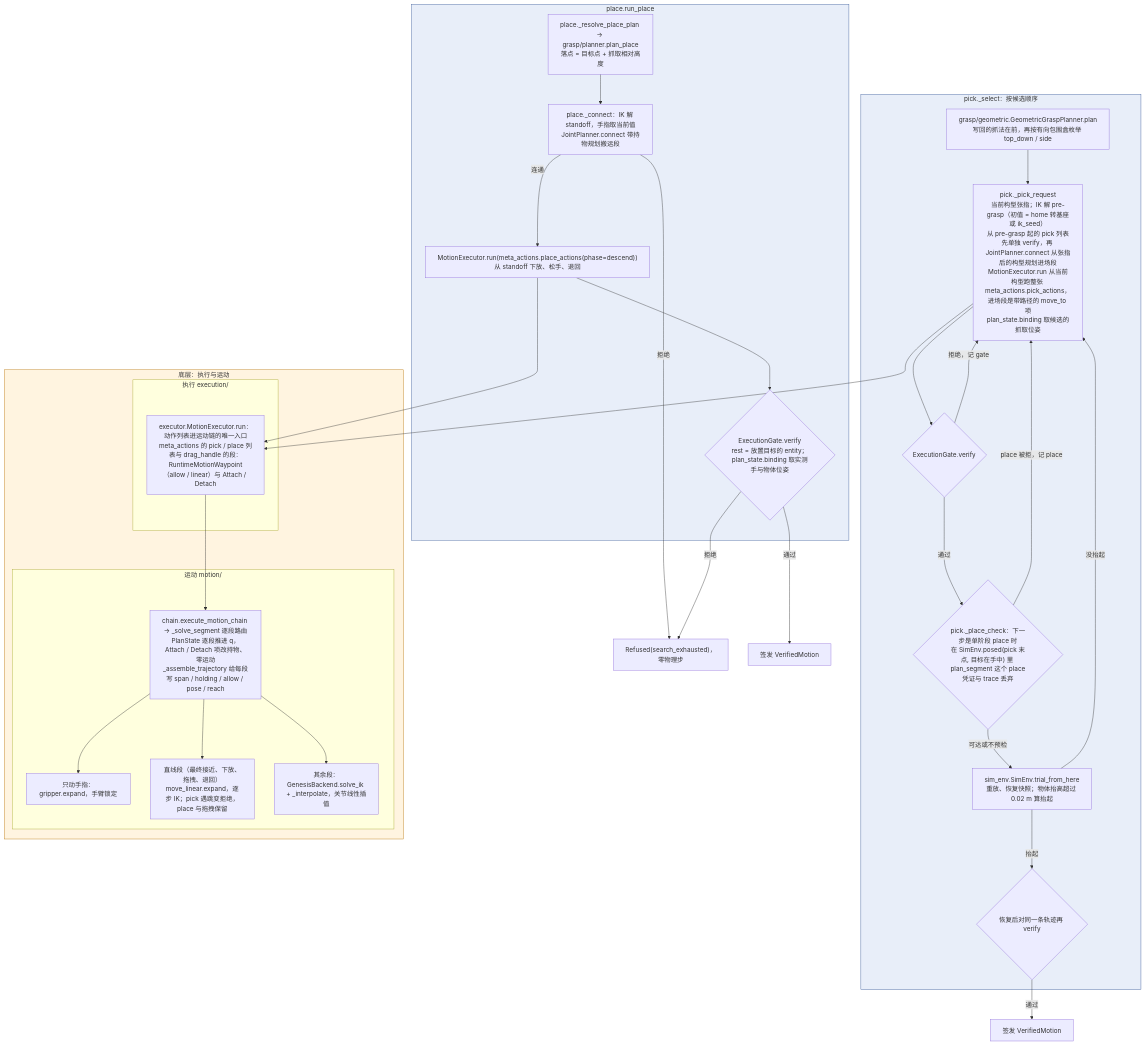
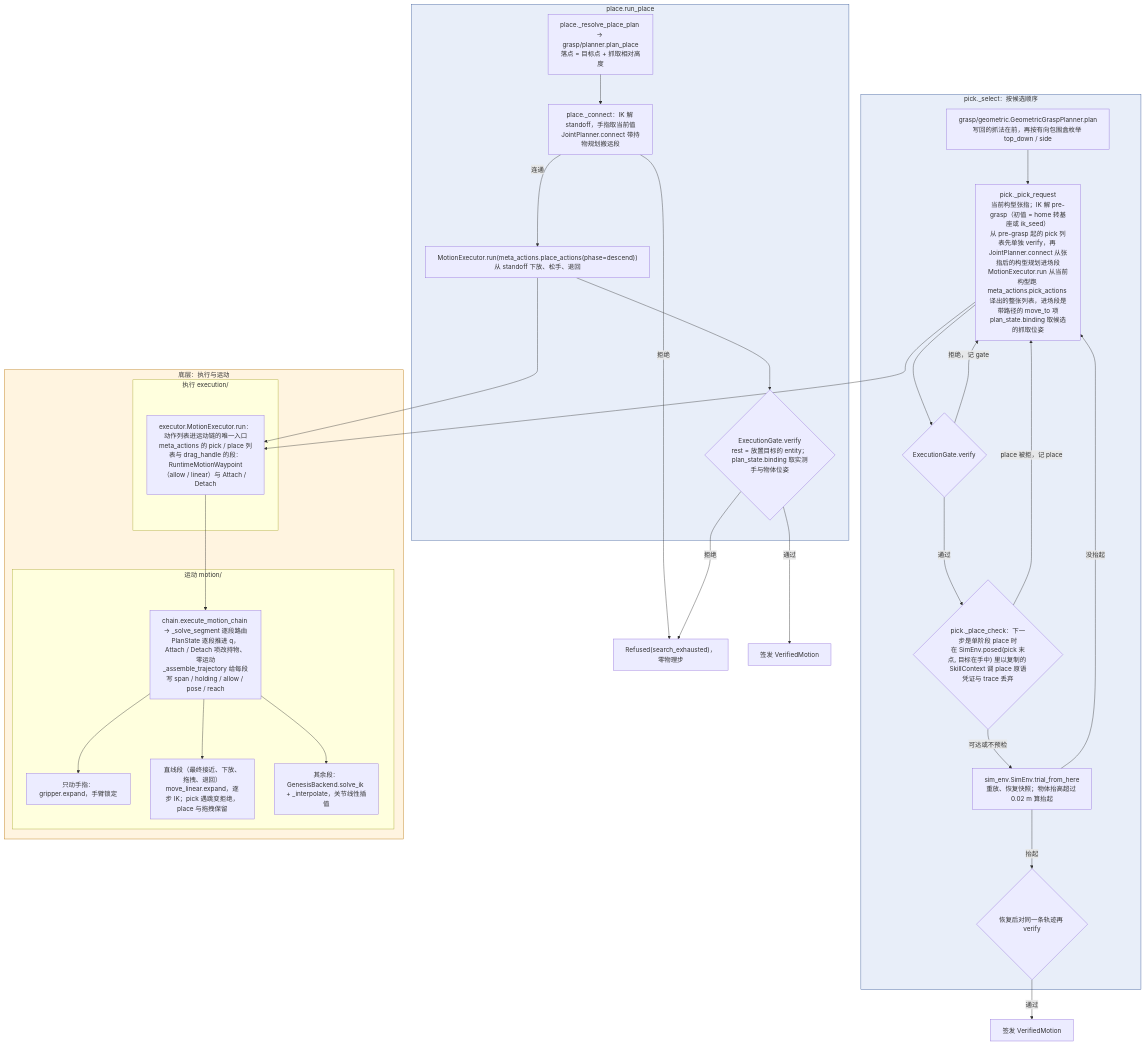
One commit to ZJLi2013/RoboSmith changed the second of 2 diagrams in docs/call-chain.md. Above: the diagram before and after it, drawn with Mermaid. The commit also changed other lines of this file and 2 other files, not shown here.

Commit message:
docs: a plan file's actions run through EpisodeRun, the only entry

````diff
--- a/docs/call-chain.md
+++ b/docs/call-chain.md
@@ -73,49 +75,49 @@
 ```mermaid
 flowchart TD
     subgraph PK["pick._select：按候选顺序"]
         GEO["grasp/geometric.GeometricGraspPlanner.plan<br/>写回的抓法在前，再按有向包围盒枚举 top_down / side"]
-        PM["pick._pick_request<br/>当前构型张指；IK 解 pre-grasp（初值 = home 转基座或 ik_seed）<br/>从 pre-grasp 起的 pick 列表先单独 verify，再 JointPlanner.connect 从张指后的构型规划进场段<br/>MotionExecutor.run 从当前构型跑整张 meta_actions.pick_actions，进场段是带路径的 move_to 项<br/>plan_state.binding 取候选的抓取位姿"]
+        PM["pick._pick_request<br/>当前构型张指；IK 解 pre-grasp（初值 = home 转基座或 ik_seed）<br/>从 pre-grasp 起的 pick 列表先单独 verify，再 JointPlanner.connect 从张指后的构型规划进场段<br/>MotionExecutor.run 从当前构型跑 meta_actions.pick_actions 译出的整张列表，进场段是带路径的 move_to 项<br/>plan_state.binding 取候选的抓取位姿"]
         V1{"ExecutionGate.verify"}
-        PRE{"pick._place_check：下一步是单阶段 place 时<br/>在 SimEnv.posed(pick 末点, 目标在手中) 里 plan_segment 这个 place<br/>凭证与 trace 丢弃"}
+        PRE{"pick._place_check：下一步是单阶段 place 时<br/>在 SimEnv.posed(pick 末点, 目标在手中) 里以复制的 SkillContext 调 place 原语<br/>凭证与 trace 丢弃"}
         TR["sim_env.SimEnv.trial_from_here<br/>重放、恢复快照；物体抬高超过 0.02 m 算抬起"]
         V2{"恢复后对同一条轨迹再 verify"}
     end
 
     subgraph PL["place.run_place"]
         PP["place._resolve_place_plan → grasp/planner.plan_place<br/>落点 = 目标点 + 抓取相对高度"]
         PC["place._connect：IK 解 standoff，手指取当前值<br/>JointPlanner.connect 带持物规划搬运段"]
         PX["MotionExecutor.run(meta_actions.place_actions(phase=descend))<br/>从 standoff 下放、松手、退回"]
         V3{"ExecutionGate.verify<br/>rest = 放置目标的 entity；plan_state.binding 取实测手与物体位姿"}
     end
 
     subgraph LOW["底层：执行与运动"]
         subgraph EX["执行 execution/"]
             EXE["executor.MotionExecutor.run：动作列表进运动链的唯一入口<br/>meta_actions 的 pick / place 列表与 drag_handle 的段：RuntimeMotionWaypoint（allow / linear）与 Attach / Detach"]
         end
         subgraph MO["运动 motion/"]
             CH["chain.execute_motion_chain → _solve_segment 逐段路由<br/>PlanState 逐段推进 q，Attach / Detach 项改持物、零运动<br/>_assemble_trajectory 给每段写 span / holding / allow / pose / reach"]
             F["只动手指：gripper.expand，手臂锁定"]
             C["直线段（最终接近、下放、拖拽、退回）<br/>move_linear.expand，逐步 IK；pick 遇跳变拒绝，place 与拖拽保留"]
             G["其余段：GenesisBackend.solve_ik + _interpolate，关节线性插值"]
         end
     end
 
     GEO --> PM --> V1
     V1 -- 拒绝，记 gate --> PM
     V1 -- 通过 --> PRE
     PRE -- place 被拒，记 place --> PM
     PRE -- 可达或不预检 --> TR
     TR -- 没抬起 --> PM
     TR -- 抬起 --> V2
     V2 -- 通过 --> OKP["签发 VerifiedMotion"]
     PP --> PC
     PC -- 拒绝 --> RF["Refused(search_exhausted)，零物理步"]
     PC -- 连通 --> PX --> V3
     V3 -- 拒绝 --> RF
     V3 -- 通过 --> OKL["签发 VerifiedMotion"]
     PM & PX --> EXE --> CH --> F & C & G
 
     style PK fill:#e8eef9,stroke:#3b5b9a
     style PL fill:#e8eef9,stroke:#3b5b9a
     style LOW fill:#fff4e0,stroke:#b9770e
 ```
````
